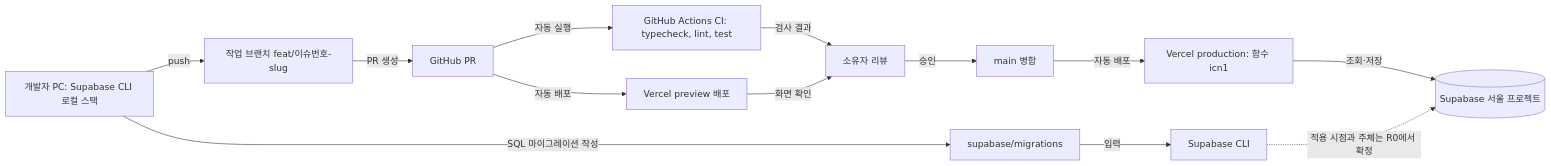
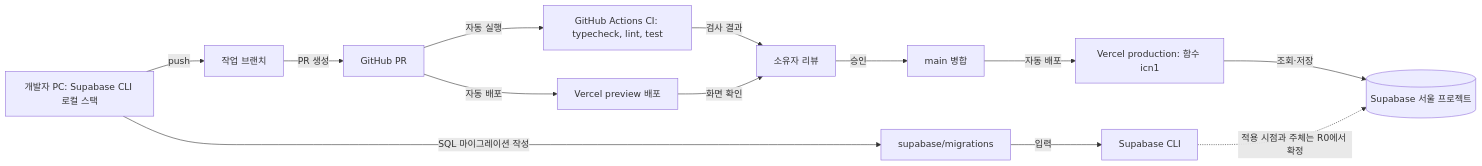
The diagram in docs/architecture/deployment.md (god3v/hamtteukka), drawn with Mermaid before and after one commit. The commit also changed other lines of this file and 9 other files, not shown here.

````diff
--- a/docs/architecture/deployment.md
+++ b/docs/architecture/deployment.md
@@ -13,27 +13,27 @@
 ```mermaid
 flowchart LR
   dev["개발자 PC: Supabase CLI 로컬 스택"]
-  br["작업 브랜치 feat/이슈번호-slug"]
+  br["작업 브랜치"]
   pr["GitHub PR"]
   ci["GitHub Actions CI: typecheck, lint, test"]
   pv["Vercel preview 배포"]
   rv["소유자 리뷰"]
   mg["main 병합"]
   prod["Vercel production: 함수 icn1"]
   migr["supabase/migrations"]
   cli["Supabase CLI"]
   sbprod[("Supabase 서울 프로젝트")]
 
   dev -->|"push"| br
   br -->|"PR 생성"| pr
   pr -->|"자동 실행"| ci
   pr -->|"자동 배포"| pv
   ci -->|"검사 결과"| rv
   pv -->|"화면 확인"| rv
   rv -->|"승인"| mg
   mg -->|"자동 배포"| prod
   prod -->|"조회·저장"| sbprod
   dev -->|"SQL 마이그레이션 작성"| migr
   migr -->|"입력"| cli
   cli -.->|"적용 시점과 주체는 R0에서 확정"| sbprod
 ```
````
